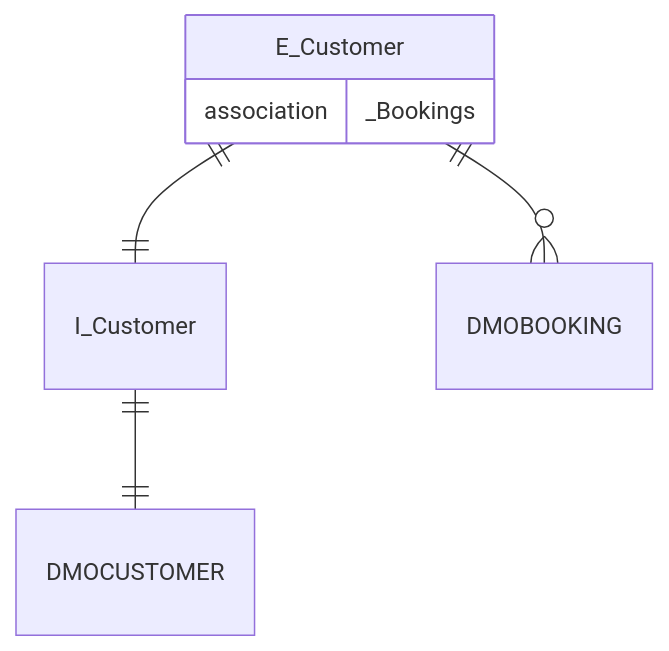
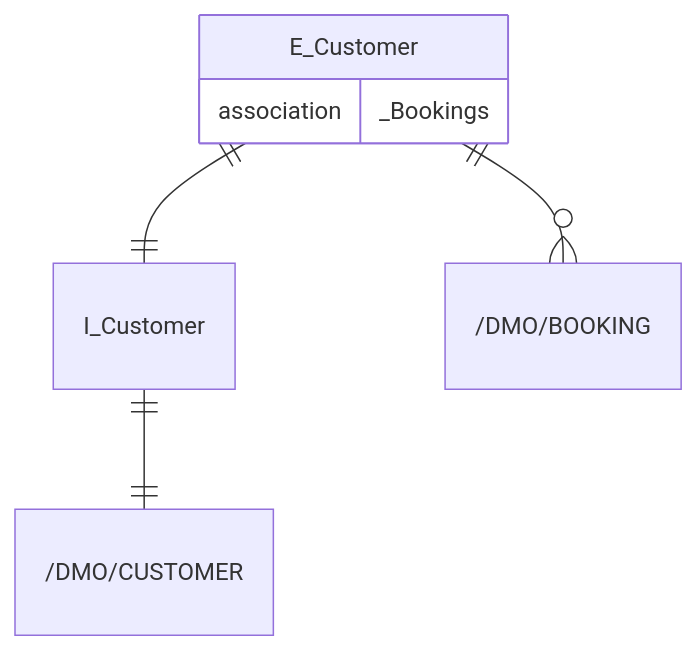
The diagram in docs/exercises/abap-cds/abap-cds-08.md (appenmaier/s4hana), drawn with Mermaid before and after one commit. The commit also changed 8 other files, not shown here.

Commit message:
Update Exercise Structure for RAP Exercises and Update Mermaids for ABAP CDS Exercises

````diff
--- a/docs/exercises/abap-cds/abap-cds-08.md
+++ b/docs/exercises/abap-cds/abap-cds-08.md
@@ -10,11 +10,11 @@
 ```mermaid
 erDiagram
 
-    I_Customer ||--|| DMOCUSTOMER : ""
+    I_Customer ||--|| "/DMO/CUSTOMER" : ""
     E_Customer ||--|| I_Customer  : ""
-    E_Customer ||--o{ DMOBOOKING : ""
+    E_Customer ||--o{ "/DMO/BOOKING" : ""
 
     E_Customer {
         association _Bookings
     }
 ```
````
